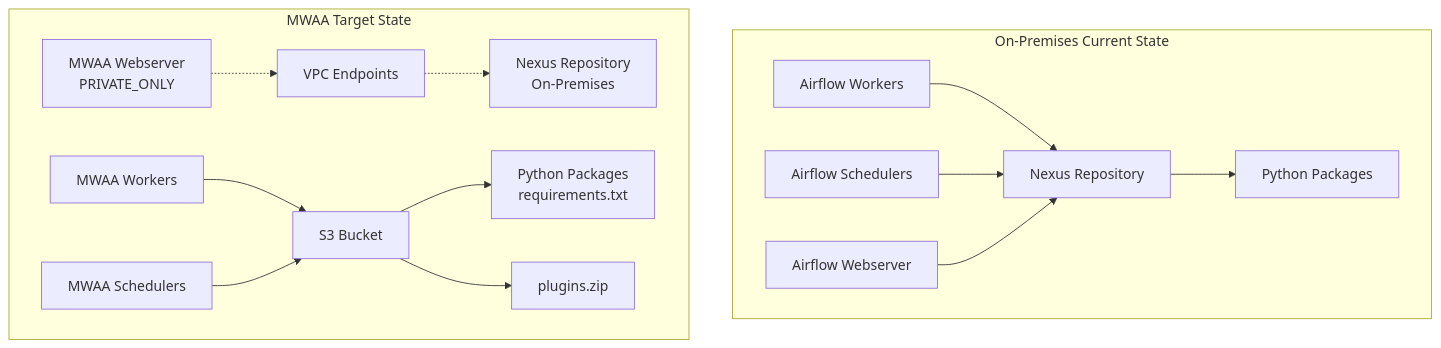
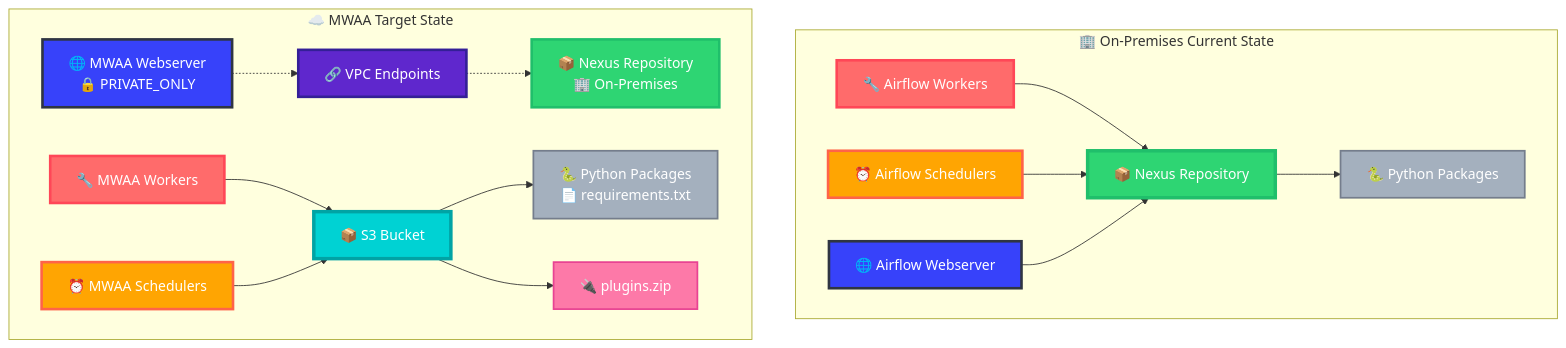
Before and after one commit to demoq-demo/mwaa: the first of 12 diagrams in README.md, drawn with Mermaid. The commit also changed other lines of this file, not shown here.

````diff
--- a/README.md
+++ b/README.md
@@ -9,18 +9,34 @@
 ```mermaid
 graph TB
-    subgraph "On-Premises Current State"
-        A[Airflow Workers] --> N[Nexus Repository]
-        B[Airflow Schedulers] --> N
-        C[Airflow Webserver] --> N
-        N --> P[Python Packages]
+    subgraph "🏢 On-Premises Current State"
+        A[🔧 Airflow Workers] --> N[📦 Nexus Repository]
+        B[⏰ Airflow Schedulers] --> N
+        C[🌐 Airflow Webserver] --> N
+        N --> P[🐍 Python Packages]
     end
     
-    subgraph "MWAA Target State"
-        MW[MWAA Workers] --> S3[S3 Bucket]
-        MS[MWAA Schedulers] --> S3
-        MWS[MWAA Webserver<br/>PRIVATE_ONLY] -.-> VE[VPC Endpoints]
-        VE -.-> NR[Nexus Repository<br/>On-Premises]
-        S3 --> PP[Python Packages<br/>requirements.txt]
-        S3 --> PZ[plugins.zip]
+    subgraph "☁️ MWAA Target State"
+        MW[🔧 MWAA Workers] --> S3[📦 S3 Bucket]
+        MS[⏰ MWAA Schedulers] --> S3
+        MWS[🌐 MWAA Webserver<br/>🔒 PRIVATE_ONLY] -.-> VE[🔗 VPC Endpoints]
+        VE -.-> NR[📦 Nexus Repository<br/>🏢 On-Premises]
+        S3 --> PP[🐍 Python Packages<br/>📄 requirements.txt]
+        S3 --> PZ[🔌 plugins.zip]
     end
+    
+    %% Styling for colorful appearance
+    style A fill:#ff6b6b,stroke:#ff4757,stroke-width:3px,color:#fff
+    style B fill:#ffa502,stroke:#ff6348,stroke-width:3px,color:#fff
+    style C fill:#3742fa,stroke:#2f3542,stroke-width:3px,color:#fff
+    style N fill:#2ed573,stroke:#20bf6b,stroke-width:4px,color:#fff
+    style P fill:#a4b0be,stroke:#747d8c,stroke-width:2px,color:#fff
+    
+    style MW fill:#ff6b6b,stroke:#ff4757,stroke-width:3px,color:#fff
+    style MS fill:#ffa502,stroke:#ff6348,stroke-width:3px,color:#fff
+    style MWS fill:#3742fa,stroke:#2f3542,stroke-width:3px,color:#fff
+    style S3 fill:#00d2d3,stroke:#01a3a4,stroke-width:4px,color:#fff
+    style VE fill:#5f27cd,stroke:#341f97,stroke-width:3px,color:#fff
+    style NR fill:#2ed573,stroke:#20bf6b,stroke-width:3px,color:#fff
+    style PP fill:#a4b0be,stroke:#747d8c,stroke-width:2px,color:#fff
+    style PZ fill:#fd79a8,stroke:#e84393,stroke-width:2px,color:#fff
 ```
````
